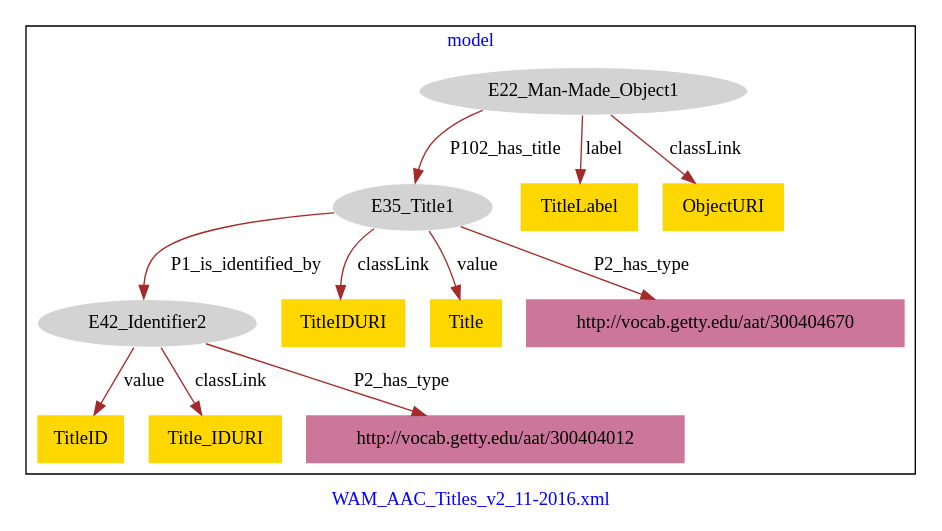
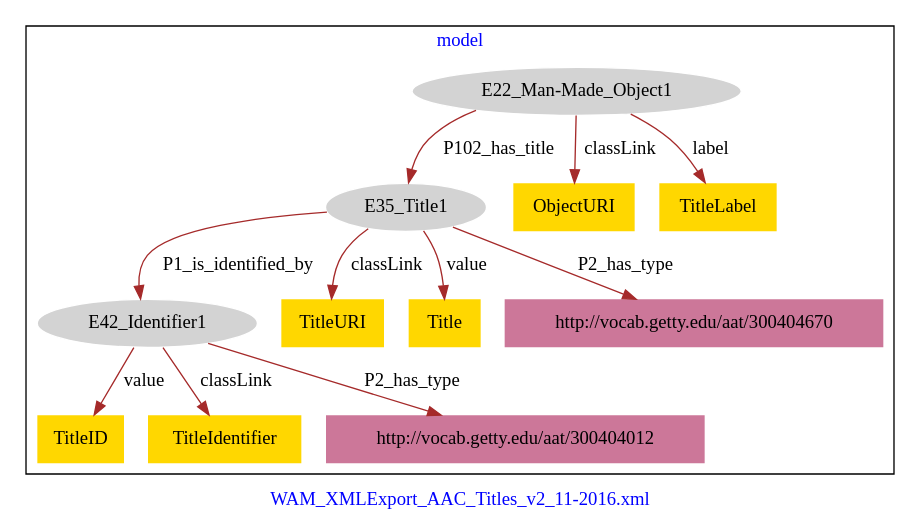
The diagram in WAM_AAC_Titles/WAM_AAC_Titles-model.dot (american-art/wam), drawn with Graphviz before and after one commit.

Commit message:
Update file WAM_AAC_Titles-model.dot

```diff
--- a/WAM_AAC_Titles/WAM_AAC_Titles-model.dot
+++ b/WAM_AAC_Titles/WAM_AAC_Titles-model.dot
@@ -1,29 +1,29 @@
 digraph n0 {
 fontcolor="blue"
 remincross="true"
-label="WAM_AAC_Titles_v2_11-2016.xml"
+label="WAM_XMLExport_AAC_Titles_v2_11-2016.xml"
 subgraph cluster {
 label="model"
 n2[style="filled",color="white",fillcolor="lightgray",label="E22_Man-Made_Object1"];
 n3[style="filled",color="white",fillcolor="lightgray",label="E35_Title1"];
-n4[style="filled",color="white",fillcolor="lightgray",label="E42_Identifier2"];
-n5[shape="plaintext",style="filled",fillcolor="gold",label="TitleLabel"];
-n6[shape="plaintext",style="filled",fillcolor="gold",label="TitleID"];
-n7[shape="plaintext",style="filled",fillcolor="gold",label="Title_IDURI"];
-n8[shape="plaintext",style="filled",fillcolor="gold",label="TitleIDURI"];
-n9[shape="plaintext",style="filled",fillcolor="gold",label="Title"];
-n10[shape="plaintext",style="filled",fillcolor="gold",label="ObjectURI"];
-n11[shape="plaintext",style="filled",fillcolor="#CC7799",label="http://vocab.getty.edu/aat/300404670"];
-n12[shape="plaintext",style="filled",fillcolor="#CC7799",label="http://vocab.getty.edu/aat/300404012"];
+n4[style="filled",color="white",fillcolor="lightgray",label="E42_Identifier1"];
+n5[shape="plaintext",style="filled",fillcolor="gold",label="TitleID"];
+n6[shape="plaintext",style="filled",fillcolor="gold",label="TitleURI"];
+n7[shape="plaintext",style="filled",fillcolor="gold",label="Title"];
+n8[shape="plaintext",style="filled",fillcolor="gold",label="ObjectURI"];
+n9[shape="plaintext",style="filled",fillcolor="gold",label="TitleLabel"];
+n10[shape="plaintext",style="filled",fillcolor="gold",label="TitleIdentifier"];
+n11[shape="plaintext",style="filled",fillcolor="#CC7799",label="http://vocab.getty.edu/aat/300404012"];
+n12[shape="plaintext",style="filled",fillcolor="#CC7799",label="http://vocab.getty.edu/aat/300404670"];
 }
 n2 -> n3[color="brown",fontcolor="black",label="P102_has_title"]
 n3 -> n4[color="brown",fontcolor="black",label="P1_is_identified_by"]
-n2 -> n5[color="brown",fontcolor="black",label="label"]
-n4 -> n6[color="brown",fontcolor="black",label="value"]
-n4 -> n7[color="brown",fontcolor="black",label="classLink"]
-n3 -> n8[color="brown",fontcolor="black",label="classLink"]
-n3 -> n9[color="brown",fontcolor="black",label="value"]
-n2 -> n10[color="brown",fontcolor="black",label="classLink"]
-n3 -> n11[color="brown",fontcolor="black",label="P2_has_type"]
-n4 -> n12[color="brown",fontcolor="black",label="P2_has_type"]
+n4 -> n5[color="brown",fontcolor="black",label="value"]
+n3 -> n6[color="brown",fontcolor="black",label="classLink"]
+n3 -> n7[color="brown",fontcolor="black",label="value"]
+n2 -> n8[color="brown",fontcolor="black",label="classLink"]
+n2 -> n9[color="brown",fontcolor="black",label="label"]
+n4 -> n10[color="brown",fontcolor="black",label="classLink"]
+n4 -> n11[color="brown",fontcolor="black",label="P2_has_type"]
+n3 -> n12[color="brown",fontcolor="black",label="P2_has_type"]
 }
```
